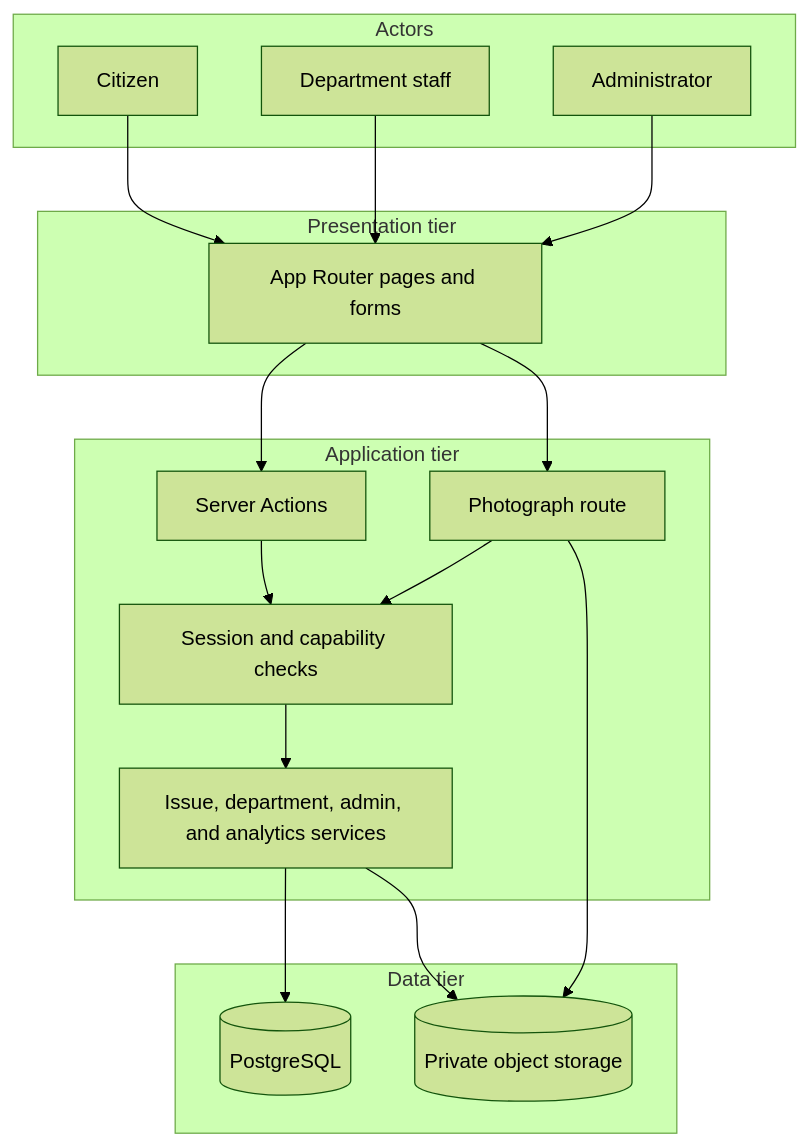
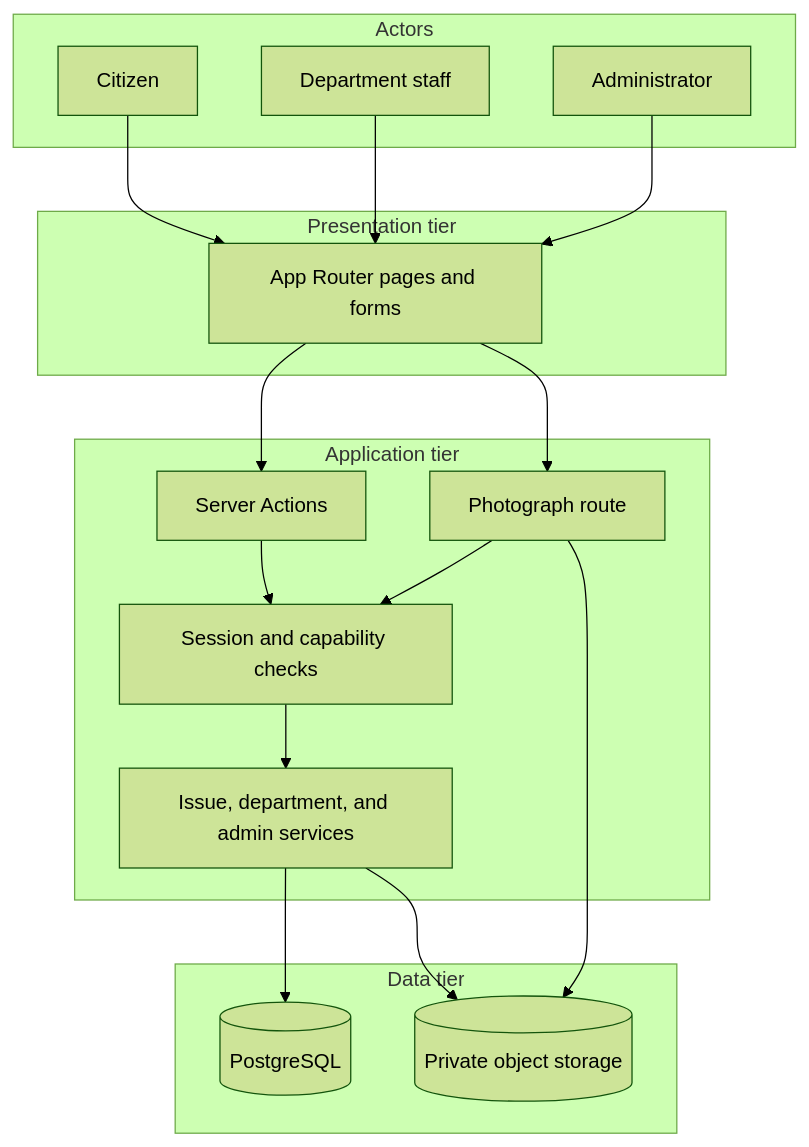
Before and after one commit to gauravag18/Civic-Fix: the first of 3 diagrams in my-app/README.md, drawn with Mermaid (forest theme). The commit also changed other lines of this file and 41 other files, not shown here.

````diff
--- a/my-app/README.md
+++ b/my-app/README.md
@@ -26,36 +26,36 @@
 ```mermaid
 flowchart TB
   subgraph people [Actors]
     Citizen[Citizen]
     Staff[Department staff]
     Administrator[Administrator]
   end
 
   subgraph presentation [Presentation tier]
     Pages[App Router pages and forms]
   end
 
   subgraph application [Application tier]
     Actions[Server Actions]
     ImageRoute[Photograph route]
     Guard[Session and capability checks]
-    Services[Issue, department, admin, and analytics services]
+    Services[Issue, department, and admin services]
     Actions --> Guard
     ImageRoute --> Guard
     Guard --> Services
   end
 
   subgraph data [Data tier]
     Database[(PostgreSQL)]
     Photographs[(Private object storage)]
   end
 
   Citizen --> Pages
   Staff --> Pages
   Administrator --> Pages
   Pages --> Actions
   Pages --> ImageRoute
   Services --> Database
   Services --> Photographs
   ImageRoute --> Photographs
 ```
````
